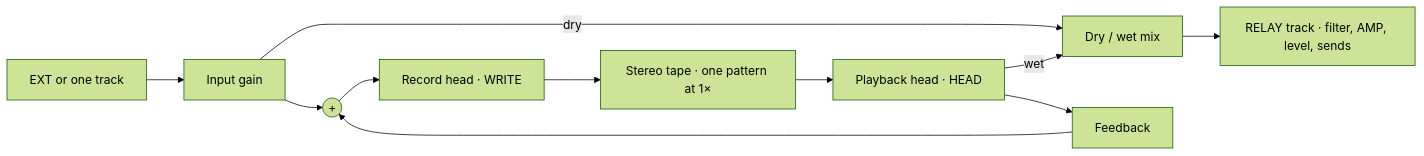
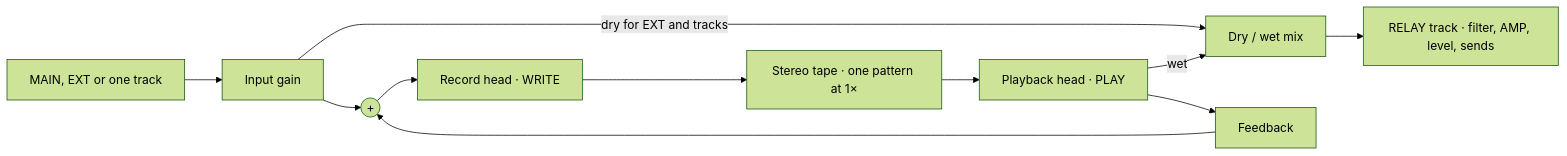
Before and after one commit to cubedice/digikit: the diagram in docs/design/relay-live-looper.md, drawn with Mermaid (forest theme). The commit also changed other lines of this file and 17 other files, not shown here.

````diff
--- a/docs/design/relay-live-looper.md
+++ b/docs/design/relay-live-looper.md
@@ -7,13 +7,13 @@
 ```mermaid
 flowchart LR
-    S["EXT or one track"] --> G["Input gain"]
-    G -->|dry| M["Dry / wet mix"]
+    S["MAIN, EXT or one track"] --> G["Input gain"]
+    G -->|dry for EXT and tracks| M["Dry / wet mix"]
     G --> SUM((" + "))
     SUM --> W["Record head · WRITE"]
     W --> T["Stereo tape · one pattern at 1×"]
-    T --> R["Playback head · HEAD"]
+    T --> R["Playback head · PLAY"]
     R -->|wet| M
     R --> F["Feedback"]
     F --> SUM
     M --> O["RELAY track · filter, AMP, level, sends"]
 ```
````
